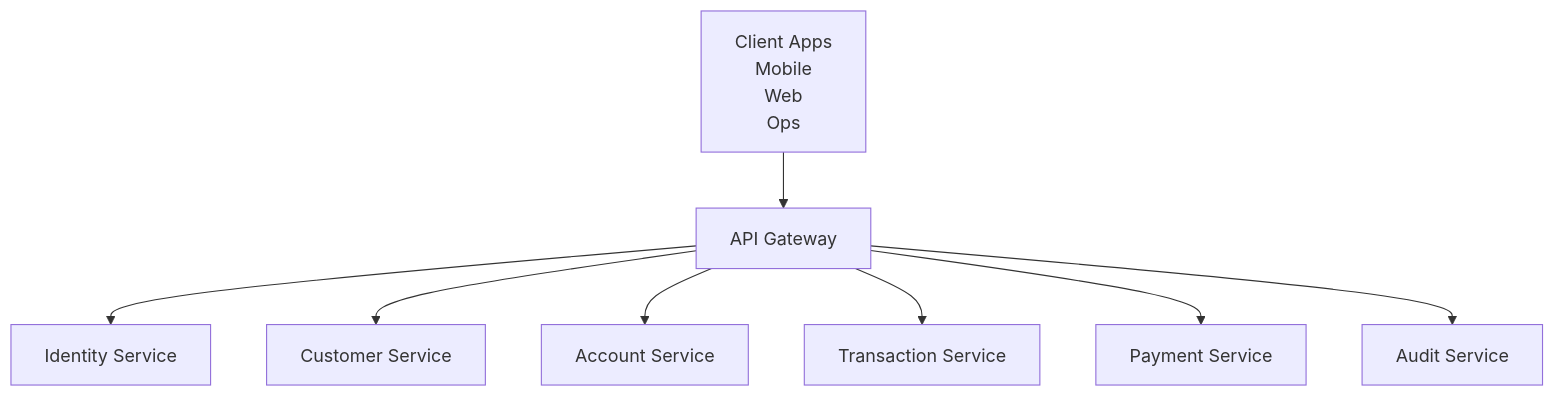
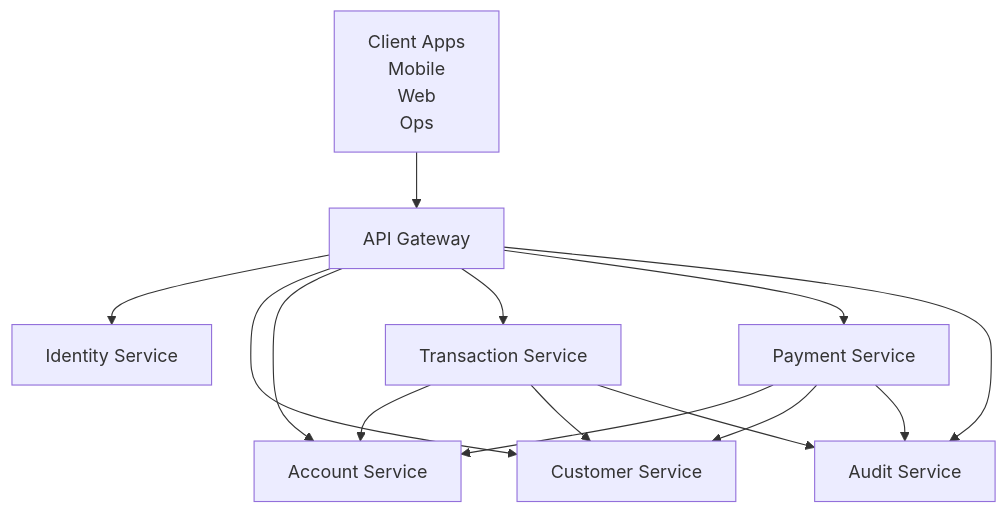
The first of 2 diagrams in docs/architecture/system-design.md (mrozmen7/gateway), drawn with Mermaid before and after one commit. The commit also changed other lines of this file and 34 other files, not shown here.

````diff
--- a/docs/architecture/system-design.md
+++ b/docs/architecture/system-design.md
@@ -11,14 +11,22 @@
 ```mermaid
 flowchart TB
     Client["Client Apps
     Mobile
     Web
     Ops"] --> Gateway["API Gateway"]
 
     Gateway --> Identity["Identity Service"]
     Gateway --> Customer["Customer Service"]
     Gateway --> Account["Account Service"]
     Gateway --> Transaction["Transaction Service"]
     Gateway --> Payment["Payment Service"]
     Gateway --> Audit["Audit Service"]
+
+    Transaction --> Account
+    Transaction --> Customer
+    Transaction --> Audit
+
+    Payment --> Account
+    Payment --> Customer
+    Payment --> Audit
 ```
````
